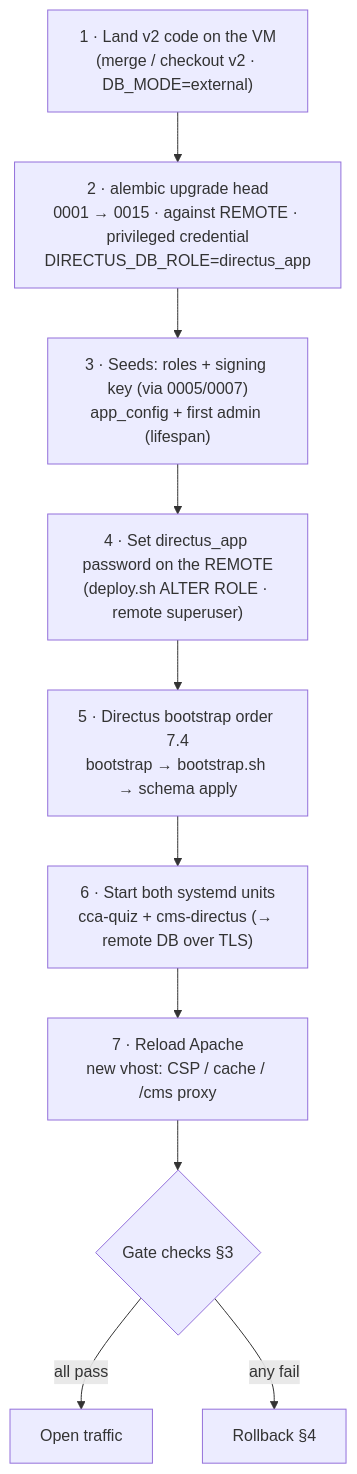
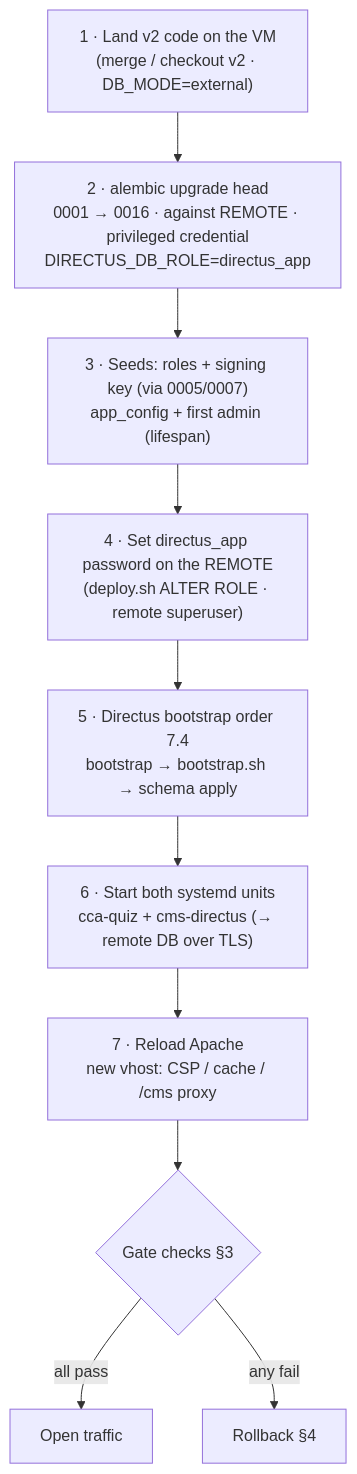
One commit to yashmody/code-anatomy changed the diagram in docs/architecture/v2/cutover-plan.md. Above: the diagram before and after it, drawn with Mermaid. The commit also changed other lines of this file and 2 other files, not shown here.

First line of the commit message:
docs(cutover): align master-context, cutover-plan, main.py with head 0016

````diff
--- a/docs/architecture/v2/cutover-plan.md
+++ b/docs/architecture/v2/cutover-plan.md
@@ -273,12 +273,12 @@
 ```mermaid
 flowchart TD
-    A["1 · Land v2 code on the VM<br/>(merge / checkout v2 · DB_MODE=external)"] --> B["2 · alembic upgrade head<br/>0001 → 0015 · against REMOTE · privileged credential<br/>DIRECTUS_DB_ROLE=directus_app"]
+    A["1 · Land v2 code on the VM<br/>(merge / checkout v2 · DB_MODE=external)"] --> B["2 · alembic upgrade head<br/>0001 → 0016 · against REMOTE · privileged credential<br/>DIRECTUS_DB_ROLE=directus_app"]
     B --> C["3 · Seeds: roles + signing key (via 0005/0007)<br/>app_config + first admin (lifespan)"]
     C --> D["4 · Set directus_app password on the REMOTE<br/>(deploy.sh ALTER ROLE · remote superuser)"]
     D --> E["5 · Directus bootstrap order 7.4<br/>bootstrap → bootstrap.sh → schema apply"]
     E --> F["6 · Start both systemd units<br/>cca-quiz + cms-directus (→ remote DB over TLS)"]
     F --> G["7 · Reload Apache<br/>new vhost: CSP / cache / /cms proxy"]
     G --> H{"Gate checks §3"}
     H -->|all pass| I["Open traffic"]
     H -->|any fail| J["Rollback §4"]
 ```
````
